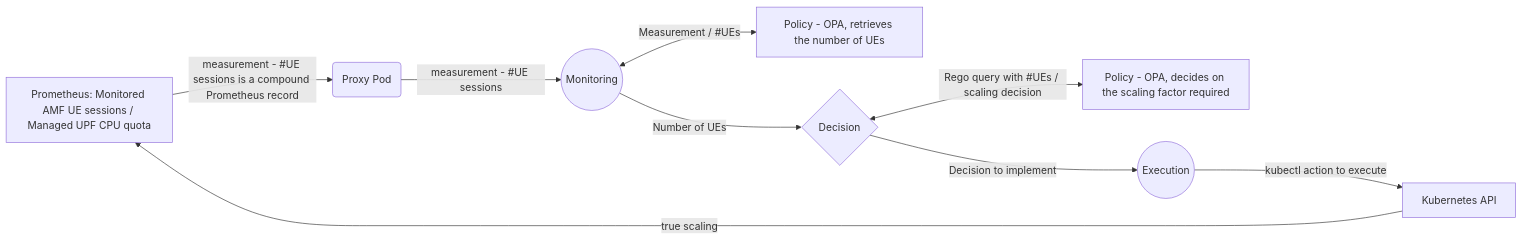
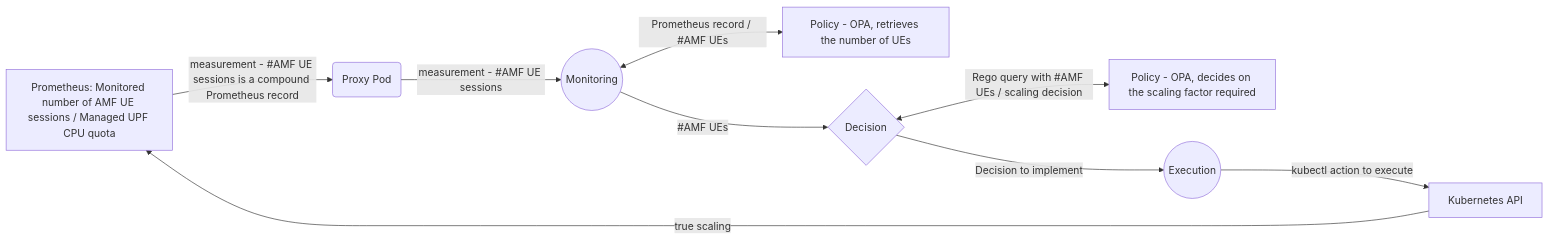
Before and after one commit to dbursztynowski/cl_demo: the diagram in README2.md, drawn with Mermaid.

````diff
--- a/README2.md
+++ b/README2.md
@@ -27,11 +27,11 @@
 ```mermaid
 flowchart LR
-M[Prometheus: Monitored AMF UE sessions / Managed UPF CPU quota] -->|measurement - #UE sessions is a compound Prometheus record| X(Proxy Pod)
-X -->|measurement - #UE sessions| A((Monitoring))
-A <-->|Measurement / #UEs| P[Policy - OPA, retrieves the number of UEs]
-A -->|Number of UEs| B{Decision}
-B <-->|Rego query with #UEs / scaling decision| C[Policy - OPA, decides on the scaling factor required]
+M[Prometheus: Monitored number of AMF UE sessions / Managed UPF CPU quota] -->|measurement - #AMF UE sessions is a compound Prometheus record| X(Proxy Pod)
+X -->|measurement - #AMF UE sessions| A((Monitoring))
+A <-->|Prometheus record / #AMF UEs| P[Policy - OPA, retrieves the number of UEs]
+A -->|#AMF UEs| B{Decision}
+B <-->|Rego query with #AMF UEs / scaling decision| C[Policy - OPA, decides on the scaling factor required]
 B -->|Decision to implement| D((Execution))
 D -->|kubectl action to execute| K[Kubernetes API]
 K -->|true scaling| M
 ```
````
